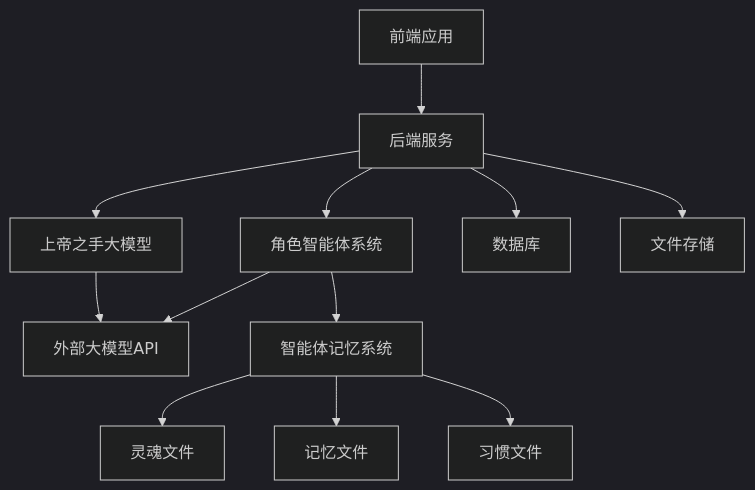
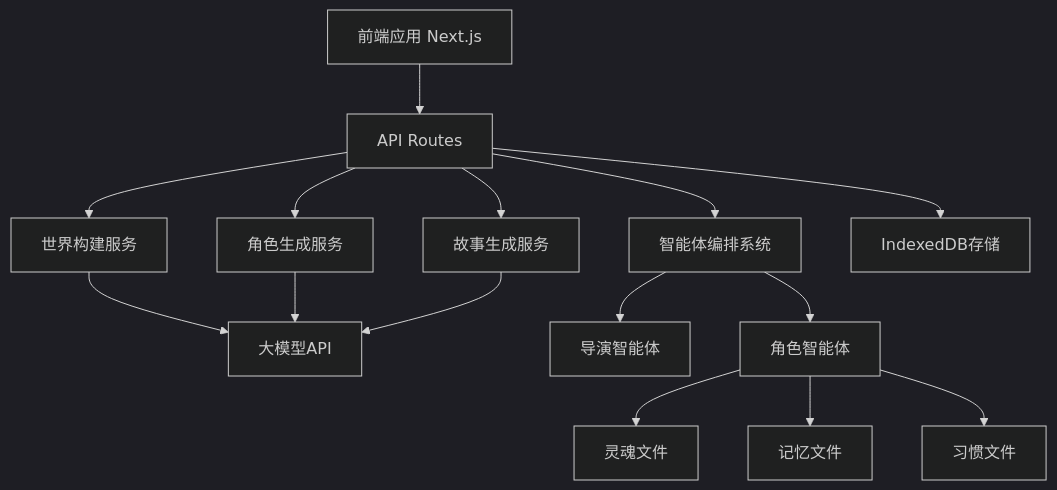
Before and after one commit to ljlxls/on-the-scene: the first of 3 diagrams in 技术架构文档.md, drawn with Mermaid (dark theme). The commit also changed other lines of this file and 32 other files, not shown here.

````diff
--- a/技术架构文档.md
+++ b/技术架构文档.md
@@ -2,14 +7,17 @@
 ```mermaid
 graph TD
-    A[前端应用] --> B[后端服务]
-    B --> C[上帝之手大模型]
-    B --> D[角色智能体系统]
-    B --> E[数据库]
-    C --> F[外部大模型API]
+    A[前端应用 Next.js] --> B[API Routes]
+    B --> C[世界构建服务]
+    B --> D[角色生成服务]
+    B --> E[故事生成服务]
+    C --> F[大模型API]
     D --> F
-    B --> G[文件存储]
-    D --> H[智能体记忆系统]
-    H --> I[灵魂文件]
-    H --> J[记忆文件]
-    H --> K[习惯文件]
+    E --> F
+    B --> G[智能体编排系统]
+    G --> H[导演智能体]
+    G --> I[角色智能体]
+    I --> J[灵魂文件]
+    I --> K[记忆文件]
+    I --> L[习惯文件]
+    B --> M[IndexedDB存储]
 ```
````
